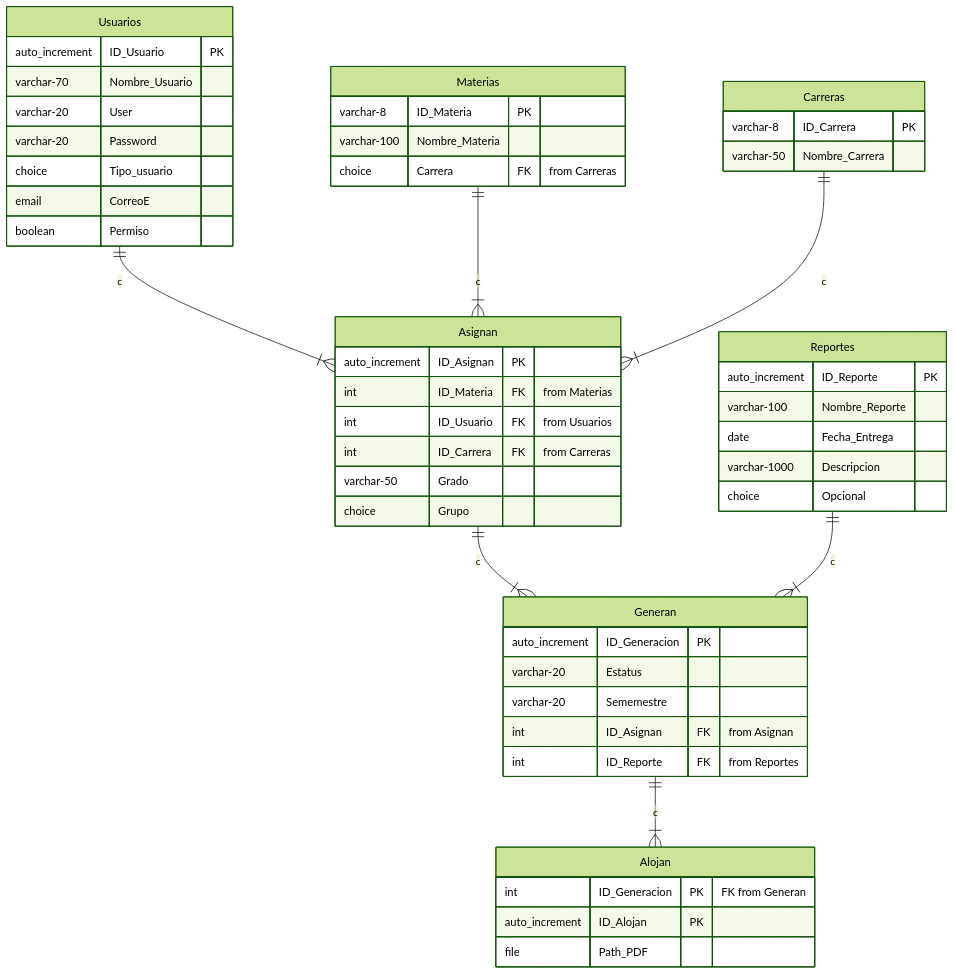
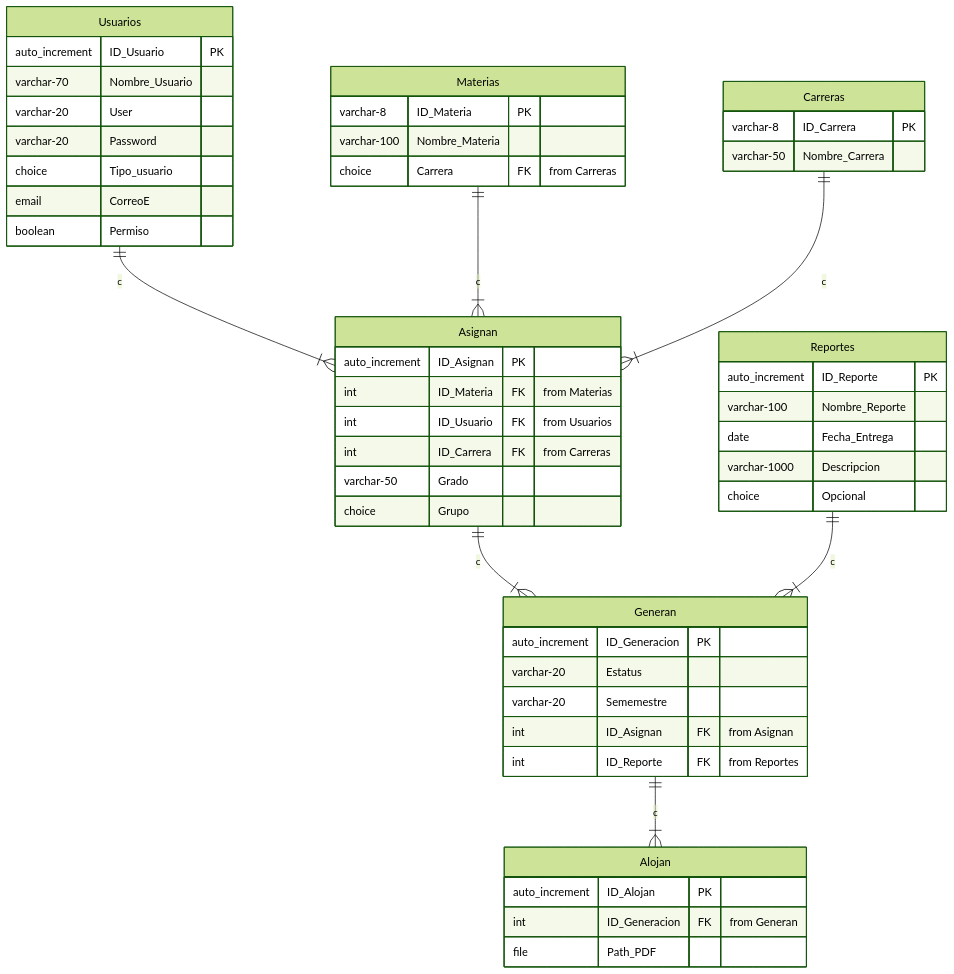
The diagram in DatabaseDoc/Diagramas/erDiagram.mmd (VRVG1/SGC), drawn with Mermaid (forest theme) before and after one commit. The commit also changed 5 other files, not shown here.

```diff
--- a/DatabaseDoc/Diagramas/erDiagram.mmd
+++ b/DatabaseDoc/Diagramas/erDiagram.mmd
@@ -1,63 +1,63 @@
 erDiagram
 
 Usuarios {
     auto_increment ID_Usuario PK
     varchar-70 Nombre_Usuario
     varchar-20 User
     varchar-20 Password
     choice Tipo_usuario
     email CorreoE
     boolean Permiso
 }
 
 Reportes {
     auto_increment ID_Reporte PK
     varchar-100 Nombre_Reporte
     date Fecha_Entrega
     varchar-1000 Descripcion
     choice Opcional
 } 
 
 Materias {
     varchar-8 ID_Materia PK
     varchar-100 Nombre_Materia    
     choice Carrera FK "from Carreras"
 }
 
 
 Generan {
     auto_increment ID_Generacion PK
     varchar-20 Estatus
     varchar-20 Sememestre
     int ID_Asignan FK "from Asignan"
     int ID_Reporte FK "from Reportes"
 }
 
 Carreras {
     varchar-8 ID_Carrera PK
     varchar-50 Nombre_Carrera
 }
 
 Asignan {
     auto_increment ID_Asignan PK
     int ID_Materia FK "from Materias"
     int ID_Usuario FK "from Usuarios"
     int ID_Carrera FK "from Carreras"
     varchar-50 Grado
     choice Grupo
 }
 
 
 
 Alojan {
-    int ID_Generacion PK " FK from Generan"
     auto_increment ID_Alojan PK
+    int ID_Generacion FK " from Generan"
     file Path_PDF
 }
 
 Usuarios ||--|{ Asignan: c 
 Materias ||--|{ Asignan: c 
 Asignan ||-- |{ Generan: c
 Reportes ||--|{ Generan: c
 Carreras||--|{Asignan: c
 Generan||--|{Alojan: c
```
